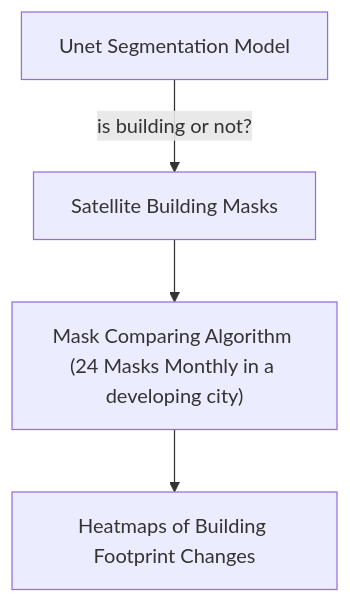
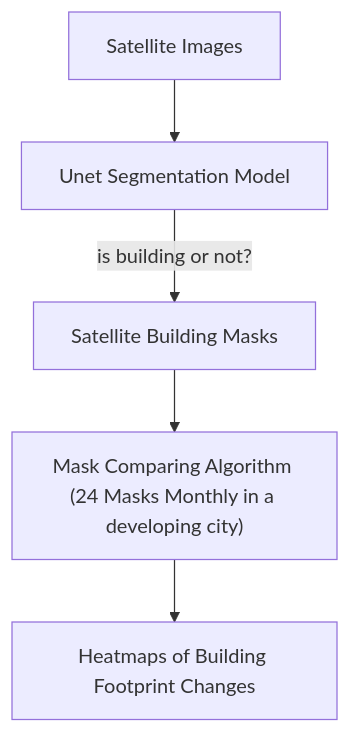
One commit to Zheng-Zhen/musa650-final changed the first of 2 diagrams in reports/preliminary-report.md. Above: the diagram before and after it, drawn with Mermaid. The commit also changed other lines of this file and 1 other file, not shown here.

````diff
--- a/reports/preliminary-report.md
+++ b/reports/preliminary-report.md
@@ -18,8 +20,9 @@
 ```mermaid
 graph TB
+0[Satellite Images]
 1[Unet Segmentation Model]
 2[Satellite Building Masks]
 3["Mask Comparing Algorithm (24 Masks Monthly in a developing city)"]
 4[Heatmaps of Building Footprint Changes]
-1 --> |"is building or not?"|2 --> 3 --> 4
+0 --> 1 --> |"is building or not?"|2 --> 3 --> 4
 ```
````
